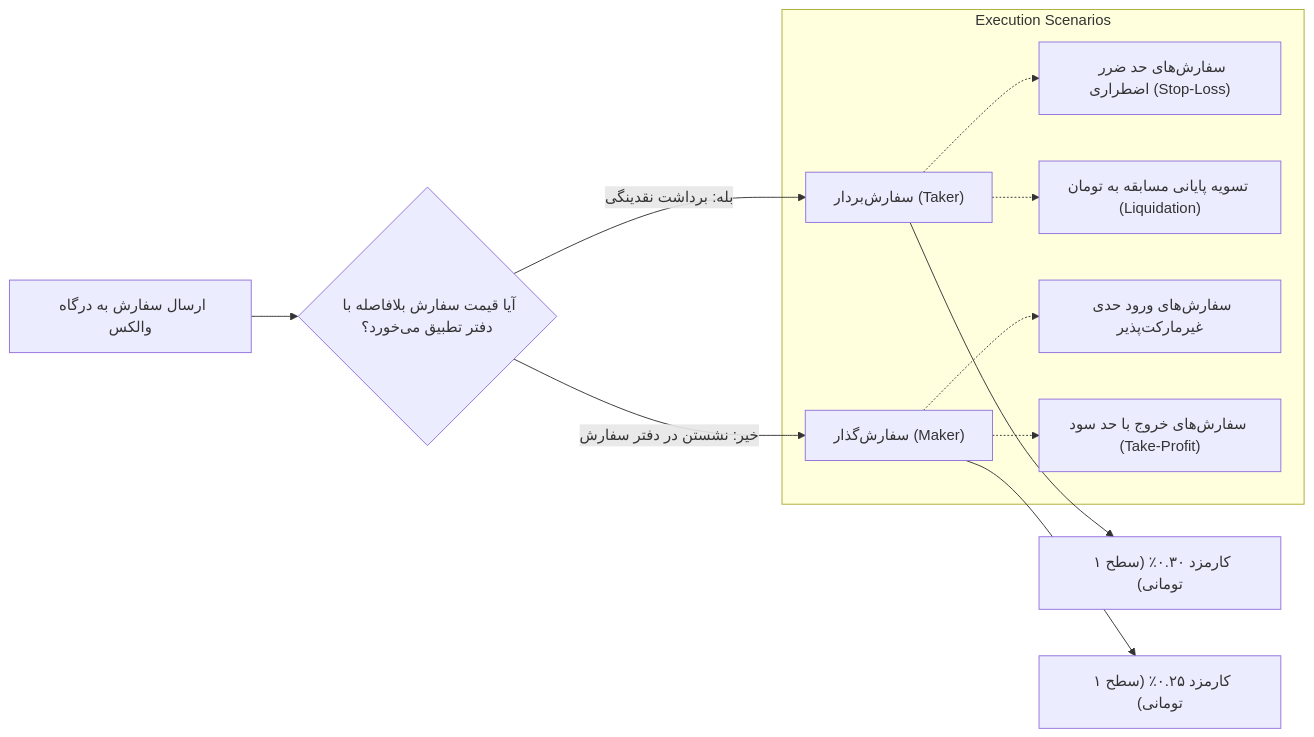
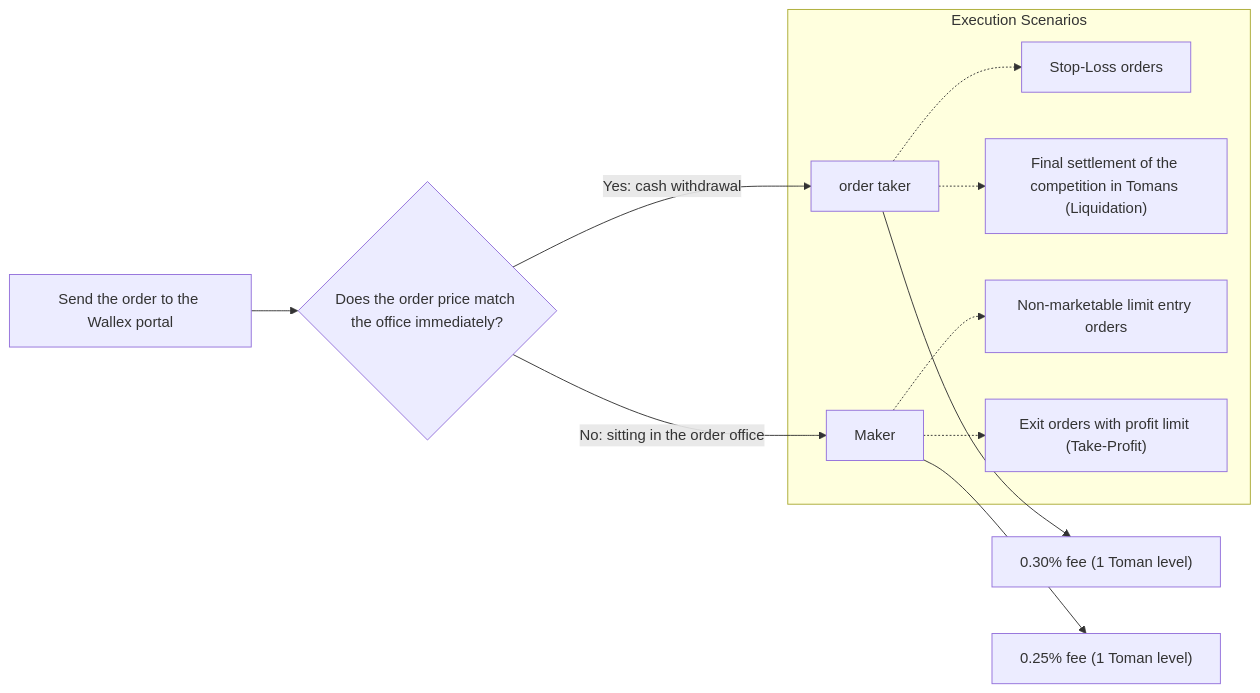
One commit to AliFazelniya/wallextrade changed the diagram in docs/EXECUTION_COST_ANALYSIS.md. Above: the diagram before and after it, drawn with Mermaid. The commit also changed other lines of this file and 81 other files, not shown here.

````diff
--- a/docs/EXECUTION_COST_ANALYSIS.md
+++ b/docs/EXECUTION_COST_ANALYSIS.md
@@ -11,16 +11,16 @@
 ```mermaid
 flowchart LR
-    A["ارسال سفارش به درگاه والکس"] --> B{"آیا قیمت سفارش بلافاصله با دفتر تطبیق می‌خورد؟"}
-    B -->|بله: برداشت نقدینگی| C["سفارش‌بردار (Taker)"]
-    B -->|خیر: نشستن در دفتر سفارش| D["سفارش‌گذار (Maker)"]
+    A["Send the order to the Wallex portal"] --> B{"Does the order price match the office immediately?"}
+    B -->|Yes: cash withdrawal| C["order taker"]
+    B -->|No: sitting in the order office| D["Maker"]
     
-    C --> E["کارمزد ۰.۳۰٪ (سطح ۱ تومانی)"]
-    D --> F["کارمزد ۰.۲۵٪ (سطح ۱ تومانی)"]
+    C --> E["0.30% fee (1 Toman level)"]
+    D --> F["0.25% fee (1 Toman level)"]
     
     subgraph Execution Scenarios
-    C -.-> G["سفارش‌های حد ضرر اضطراری (Stop-Loss)"]
-    C -.-> H["تسویه پایانی مسابقه به تومان (Liquidation)"]
-    D -.-> I["سفارش‌های ورود حدی غیرمارکت‌پذیر"]
-    D -.-> J["سفارش‌های خروج با حد سود (Take-Profit)"]
+    C -.-> G["Stop-Loss orders"]
+    C -.-> H["Final settlement of the competition in Tomans (Liquidation)"]
+    D -.-> I["Non-marketable limit entry orders"]
+    D -.-> J["Exit orders with profit limit (Take-Profit)"]
     end
 ```
````
